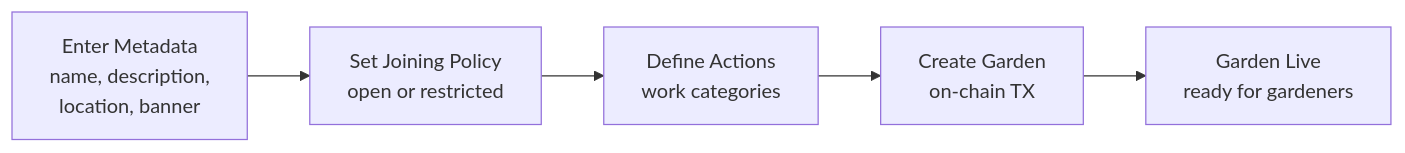
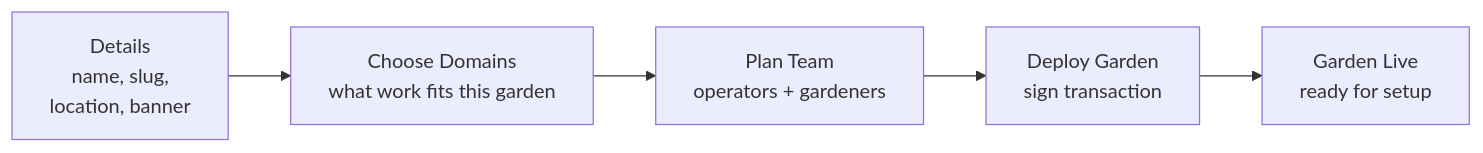
The diagram in docs/docs/community/operator-guide/creating-a-garden.mdx (greenpill-dev-guild/green-goods), drawn with Mermaid before and after one commit. The commit also changed other lines of this file and 291 other files, not shown here.

````diff
--- a/docs/docs/community/operator-guide/creating-a-garden.mdx
+++ b/docs/docs/community/operator-guide/creating-a-garden.mdx
@@ -44,7 +45,7 @@
 ```mermaid
 graph LR
-    Meta["Enter Metadata\nname, description,\nlocation, banner"] --> Policy["Set Joining Policy\nopen or restricted"]
-    Policy --> Actions["Define Actions\nwork categories"]
-    Actions --> Create["Create Garden\non-chain TX"]
-    Create --> Live["Garden Live\nready for gardeners"]
+    Meta["Details\nname, slug,\nlocation, banner"] --> Domains["Choose Domains\nwhat work fits this garden"]
+    Domains --> Team["Plan Team\noperators + gardeners"]
+    Team --> Create["Deploy Garden\nsign transaction"]
+    Create --> Live["Garden Live\nready for setup"]
 ```
````
